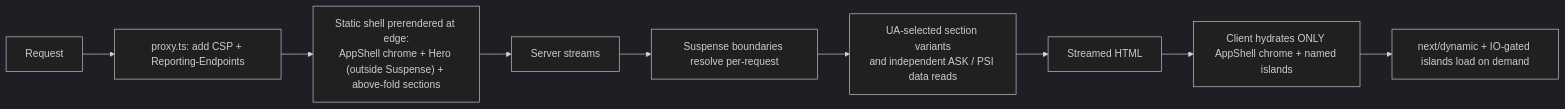
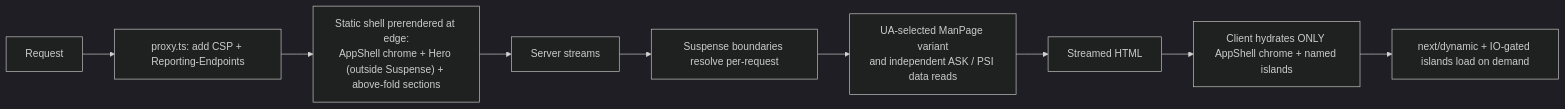
Before and after one commit to erikunha/portfolio: the third of 6 diagrams in docs/03-rendering-and-data-flow.md, drawn with Mermaid (dark theme). The commit also changed other lines of this file and 17 other files, not shown here.

````diff
--- a/docs/03-rendering-and-data-flow.md
+++ b/docs/03-rendering-and-data-flow.md
@@ -62,11 +62,11 @@
 ```mermaid
 flowchart LR
     req["Request"] --> px["proxy.ts: add CSP + Reporting-Endpoints"]
     px --> shell["Static shell prerendered at edge:<br/>AppShell chrome + Hero (outside Suspense) + above-fold sections"]
     shell --> stream["Server streams"]
     stream --> susp["Suspense boundaries resolve per-request"]
-    susp --> dyn["UA-selected section variants<br/>and independent ASK / PSI data reads"]
+    susp --> dyn["UA-selected ManPage variant<br/>and independent ASK / PSI data reads"]
     dyn --> html2["Streamed HTML"]
     html2 --> hydrate["Client hydrates ONLY AppShell chrome + named islands"]
     hydrate --> lazy["next/dynamic + IO-gated islands load on demand"]
 ```
````
